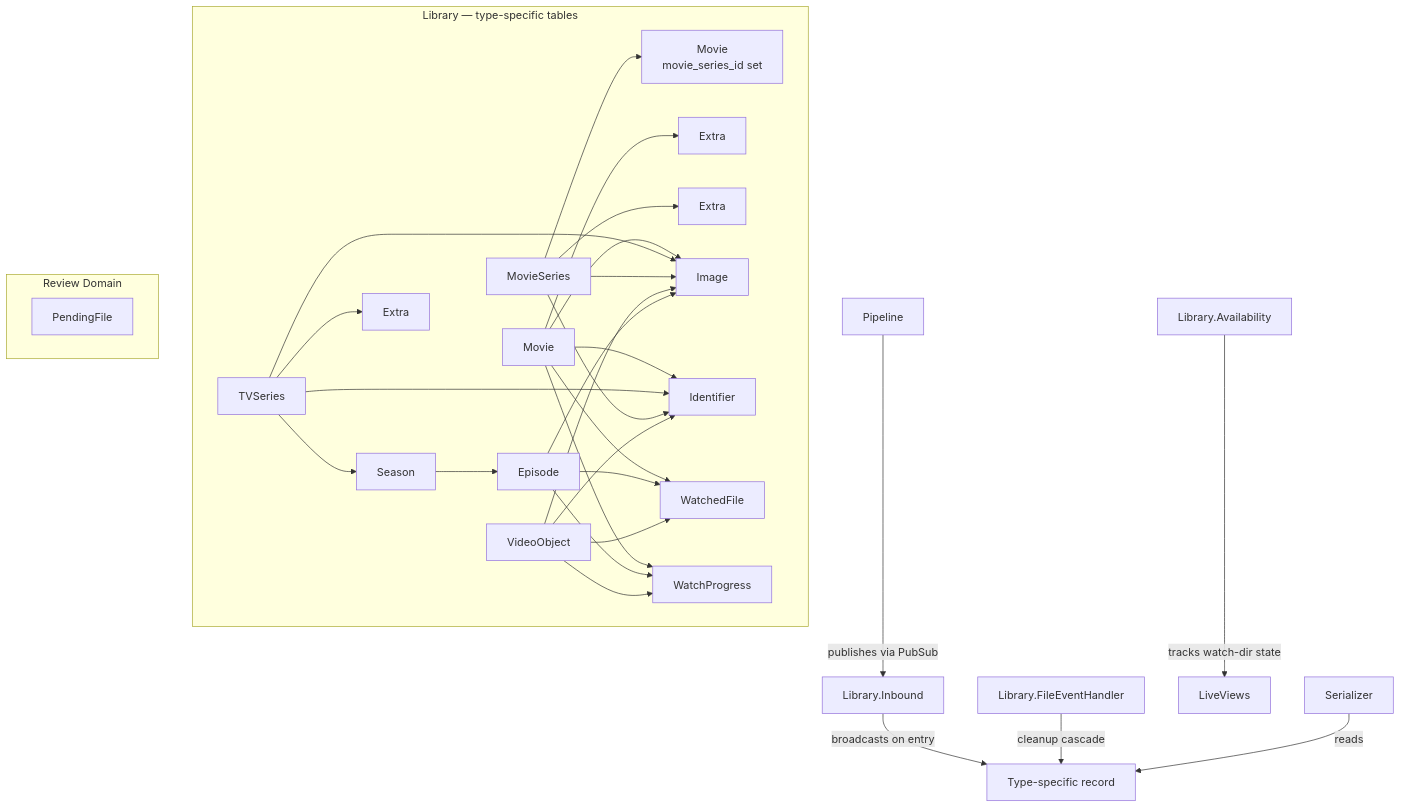
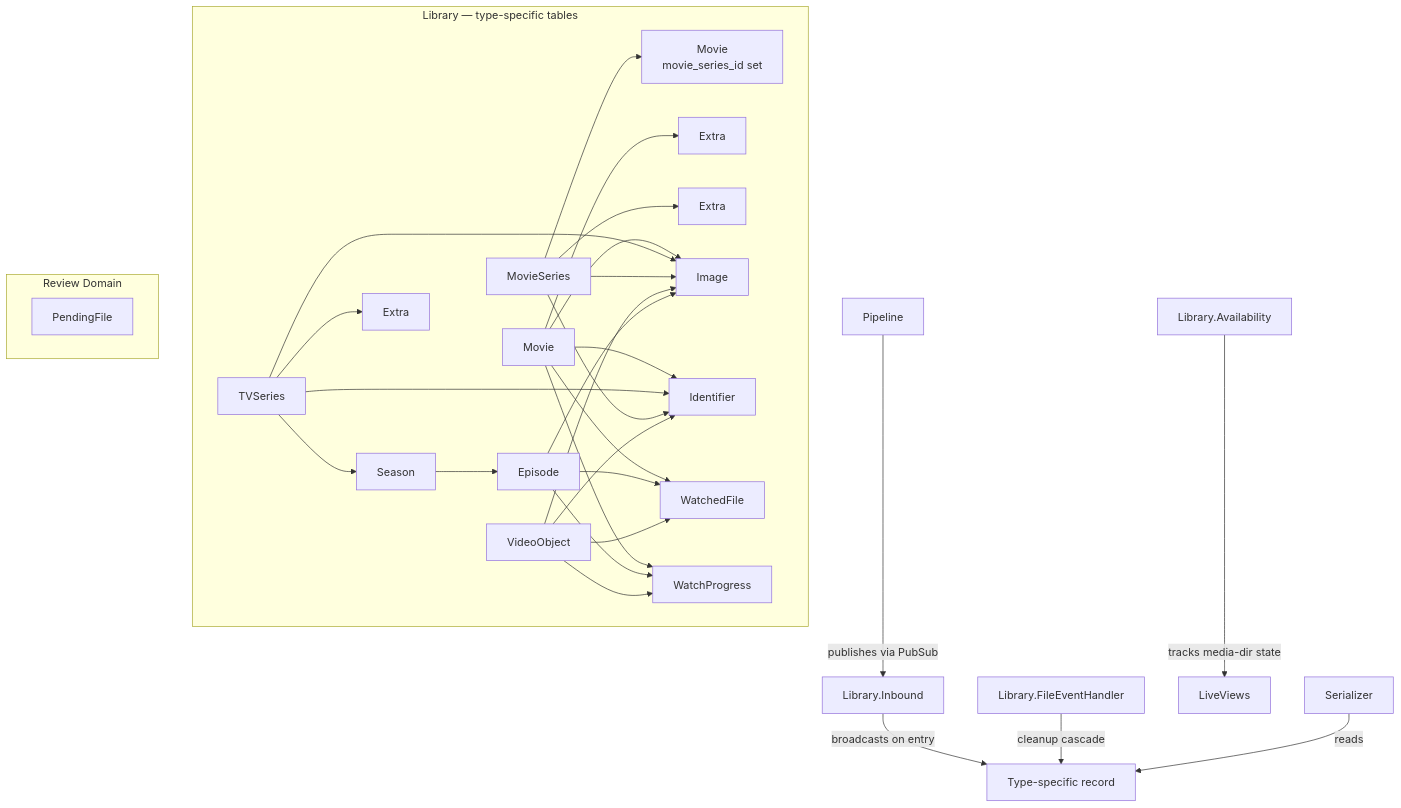
The first of 2 diagrams in docs/library.md (media-centaur/media-centaur), drawn with Mermaid before and after one commit. The commit also changed other lines of this file and 159 other files, not shown here.

First line of the commit message:
feat(config)!: rename watch directories to media directories

````diff
--- a/docs/library.md
+++ b/docs/library.md
@@ -22,45 +22,45 @@
 ```mermaid
 graph TD
     subgraph "Library — type-specific tables"
         Movie[Movie]
         TVSeries[TVSeries]
         MovieSeries[MovieSeries]
         VideoObject[VideoObject]
 
         TVSeries --> Season
         Season --> Episode
         MovieSeries --> ChildMovie[Movie<br/>movie_series_id set]
         Movie --> Extra
         TVSeries --> ExtraTV[Extra]
         MovieSeries --> ExtraMS[Extra]
 
         Movie --> Image
         TVSeries --> Image
         MovieSeries --> Image
         VideoObject --> Image
         Episode --> Image
 
         Movie --> Identifier
         TVSeries --> Identifier
         MovieSeries --> Identifier
         VideoObject --> Identifier
 
         Movie --> WatchedFile
         Episode --> WatchedFile
         VideoObject --> WatchedFile
 
         Movie --> WatchProgress
         Episode --> WatchProgress
         VideoObject --> WatchProgress
     end
 
     subgraph "Review Domain"
         PendingFile
     end
 
     Inbound[Library.Inbound] -->|broadcasts on entry| TopRecord[Type-specific record]
     Pipeline -->|publishes via PubSub| Inbound
     FileEventHandler[Library.FileEventHandler] -->|cleanup cascade| TopRecord
-    Availability[Library.Availability] -->|tracks watch-dir state| LiveViews
+    Availability[Library.Availability] -->|tracks media-dir state| LiveViews
     Serializer -->|reads| TopRecord
 ```
````
